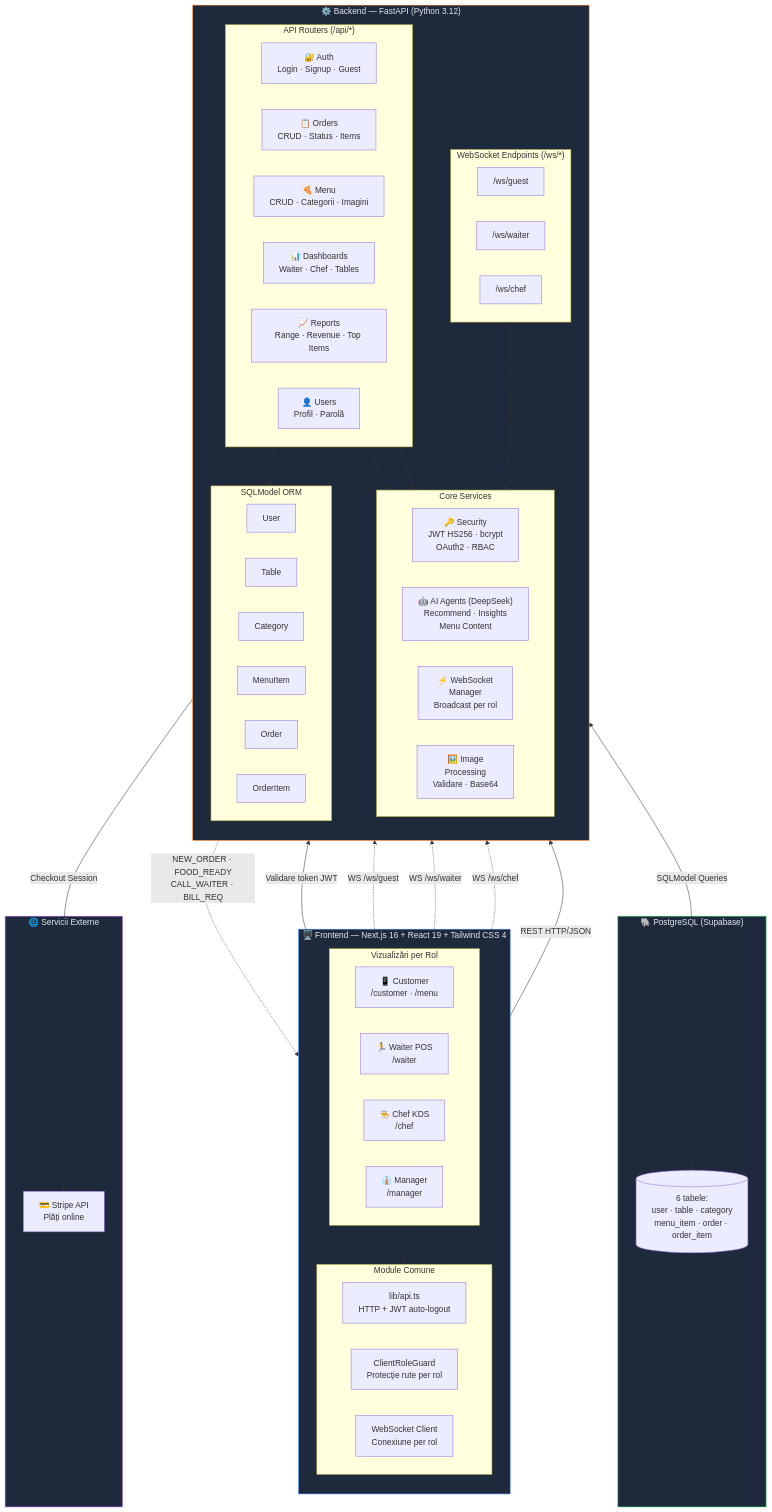
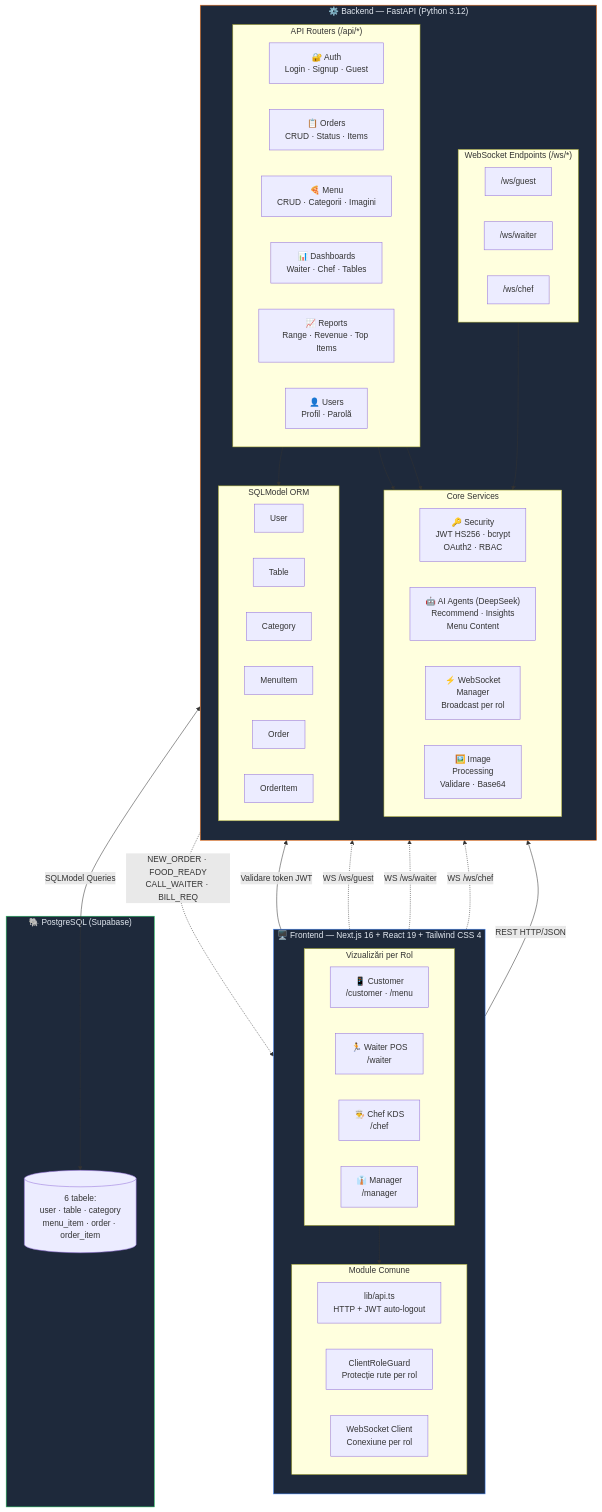
The second of 7 diagrams in README.md (RobertJmek/RestroManager), drawn with Mermaid before and after one commit. The commit also changed other lines of this file and 1 other file, not shown here.

Commit message:
chore: remove Stripe payment references (deferred to future work)
Online payment via Stripe was never implemented — only referenced in the
docs and as an unused Order.stripe_payment_id column (never set or read).
Drop it for now; it will be reintroduced as a future feature.

- backend/models/order.py: remove the unused stripe_payment_id field
- README: remove Stripe from the use-case diagram (UC_PAY node + edges),
  the component diagram (EXT/Stripe subgraph + "Checkout Session" edge),
  and the stripe_payment_id field in the ER and class diagrams

The generic payment lifecycle (paid status, markAsPaid, cash/card bill
request) is real and kept.

````diff
--- a/README.md
+++ b/README.md
@@ -209,10 +206,6 @@
         PG[("6 tabele:\nuser · table · category\nmenu_item · order · order_item")]
     end
 
-    subgraph EXT ["🌐 Servicii Externe"]
-        STRIPE["💳 Stripe API\nPlăți online"]
-    end
-
     %% Frontend → Backend (REST)
     API_LIB -->|"REST  HTTP/JSON"| Routers
     GUARD -->|"Validare token JWT"| SEC
@@ -225,9 +218,6 @@
     %% Backend → DB
     Models <-->|"SQLModel Queries"| PG
 
-    %% Backend → External
-    R_ORD -->|"Checkout Session"| STRIPE
-
     %% WebSocket broadcasts back to frontend
     WSM -.->|"NEW_ORDER · FOOD_READY\nCALL_WAITER · BILL_REQ"| WS_CLIENT
 
@@ -235,10 +225,8 @@
     classDef feBox fill:#1e293b,stroke:#3b82f6,color:#e2e8f0
     classDef beBox fill:#1e293b,stroke:#f97316,color:#e2e8f0
     classDef dbBox fill:#1e293b,stroke:#22c55e,color:#e2e8f0
-    classDef extBox fill:#1e293b,stroke:#a855f7,color:#e2e8f0
 
     class FE feBox
     class BE beBox
     class DB dbBox
-    class EXT extBox
 ```
````
